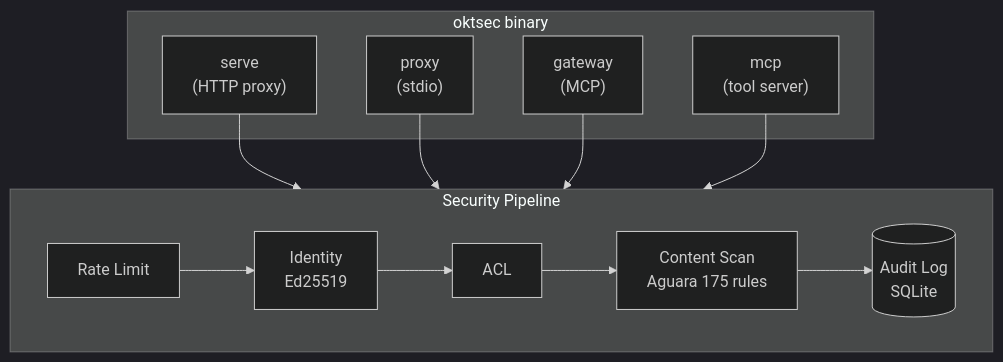
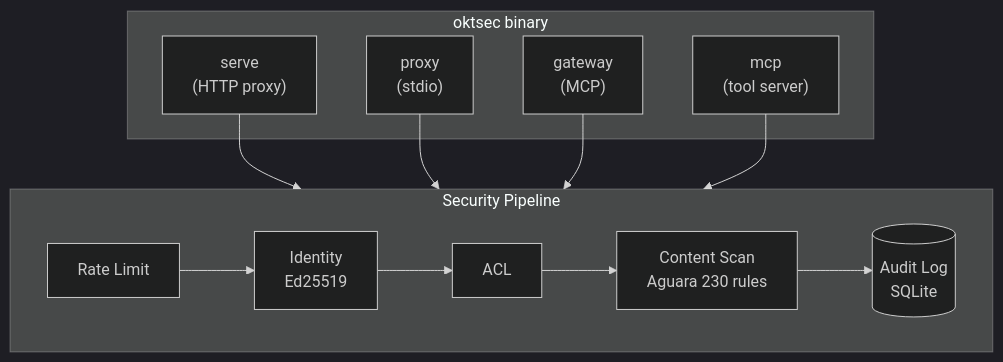
Before and after one commit to oktsec/oktsec: the first of 6 diagrams in documentation/architecture.md, drawn with Mermaid (dark theme). The commit also changed other lines of this file and 21 other files, not shown here.

````diff
--- a/documentation/architecture.md
+++ b/documentation/architecture.md
@@ -7,22 +7,22 @@
 ```mermaid
 graph TB
     subgraph "oktsec binary"
         serve["serve<br>(HTTP proxy)"]
         proxy["proxy<br>(stdio)"]
         gateway["gateway<br>(MCP)"]
         mcp["mcp<br>(tool server)"]
     end
 
     serve --> pipeline
     proxy --> pipeline
     gateway --> pipeline
     mcp --> pipeline
 
     subgraph pipeline["Security Pipeline"]
         direction LR
         rl[Rate Limit] --> id[Identity<br>Ed25519]
         id --> acl[ACL]
-        acl --> scan[Content Scan<br>Aguara 175 rules]
+        acl --> scan[Content Scan<br>Aguara 230 rules]
         scan --> audit[(Audit Log<br>SQLite)]
     end
 ```
````
